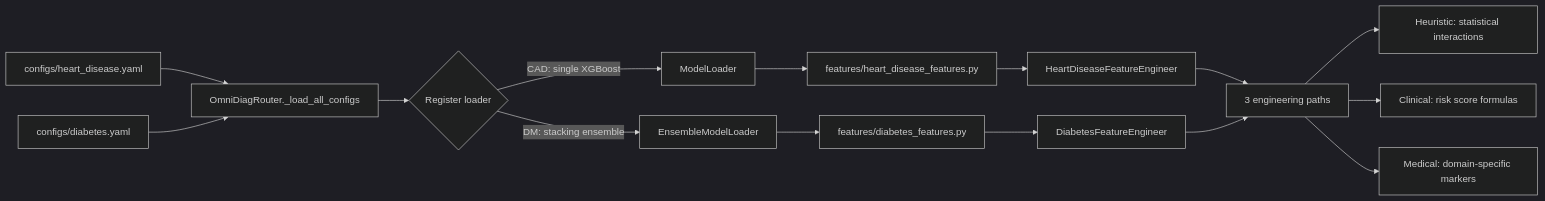
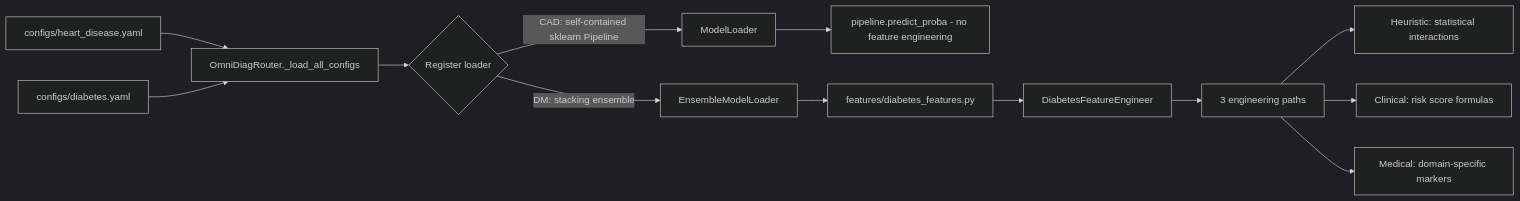
One commit to yahyalababenah/omnidiag changed the second of 4 diagrams in README.md. Above: the diagram before and after it, drawn with Mermaid (dark theme). The commit also changed other lines of this file and 4 other files, not shown here.

````diff
--- a/README.md
+++ b/README.md
@@ -89,17 +89,15 @@
 ```mermaid
 flowchart LR
     A[configs/heart_disease.yaml] --> B[OmniDiagRouter._load_all_configs]
     C[configs/diabetes.yaml] --> B
     B --> D{Register loader}
-    D -->|CAD: single XGBoost| E[ModelLoader]
+    D -->|CAD: self-contained sklearn Pipeline| E[ModelLoader]
     D -->|DM: stacking ensemble| F[EnsembleModelLoader]
-    E --> G[features/heart_disease_features.py]
+    E --> G[pipeline.predict_proba - no feature engineering]
     F --> H[features/diabetes_features.py]
-    G --> I[HeartDiseaseFeatureEngineer]
     H --> J[DiabetesFeatureEngineer]
-    I --> K[3 engineering paths]
-    J --> K
+    J --> K[3 engineering paths]
     K --> L[Heuristic: statistical interactions]
     K --> M[Clinical: risk score formulas]
     K --> N[Medical: domain-specific markers]
 ```
````
